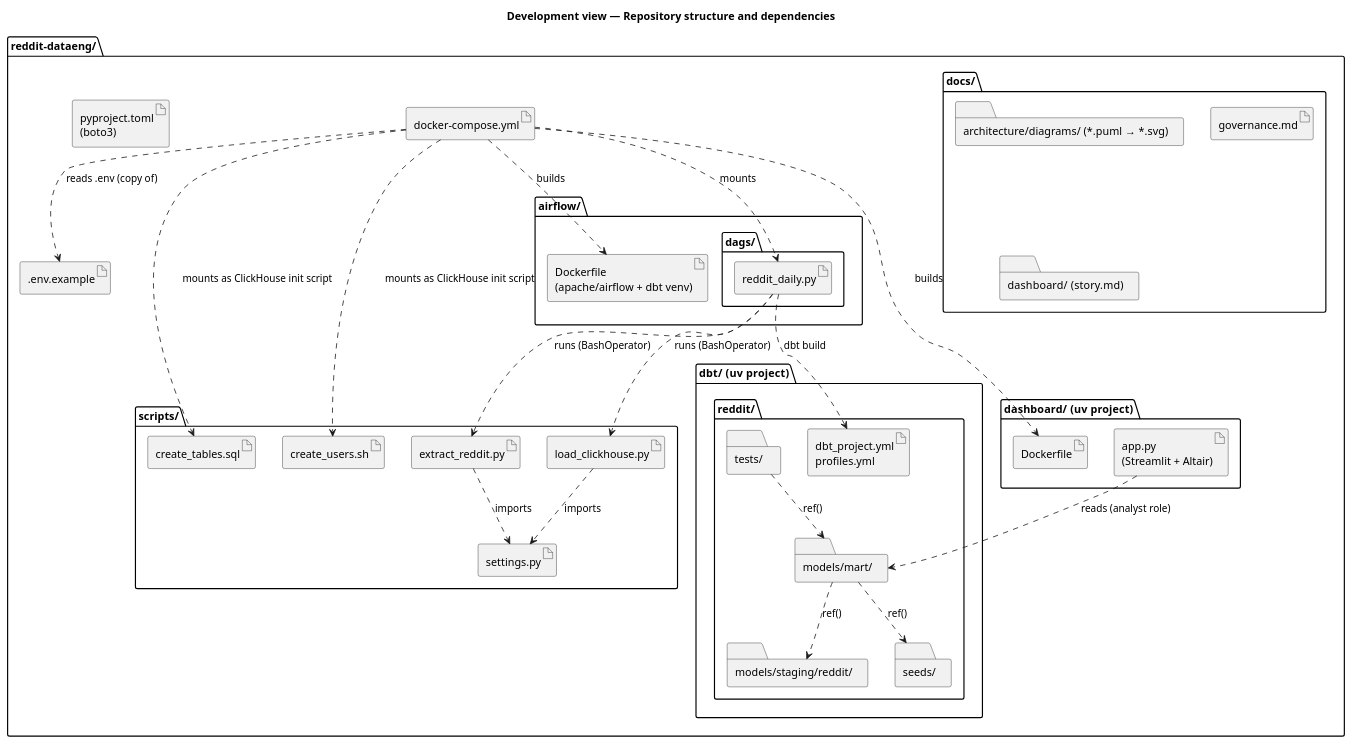
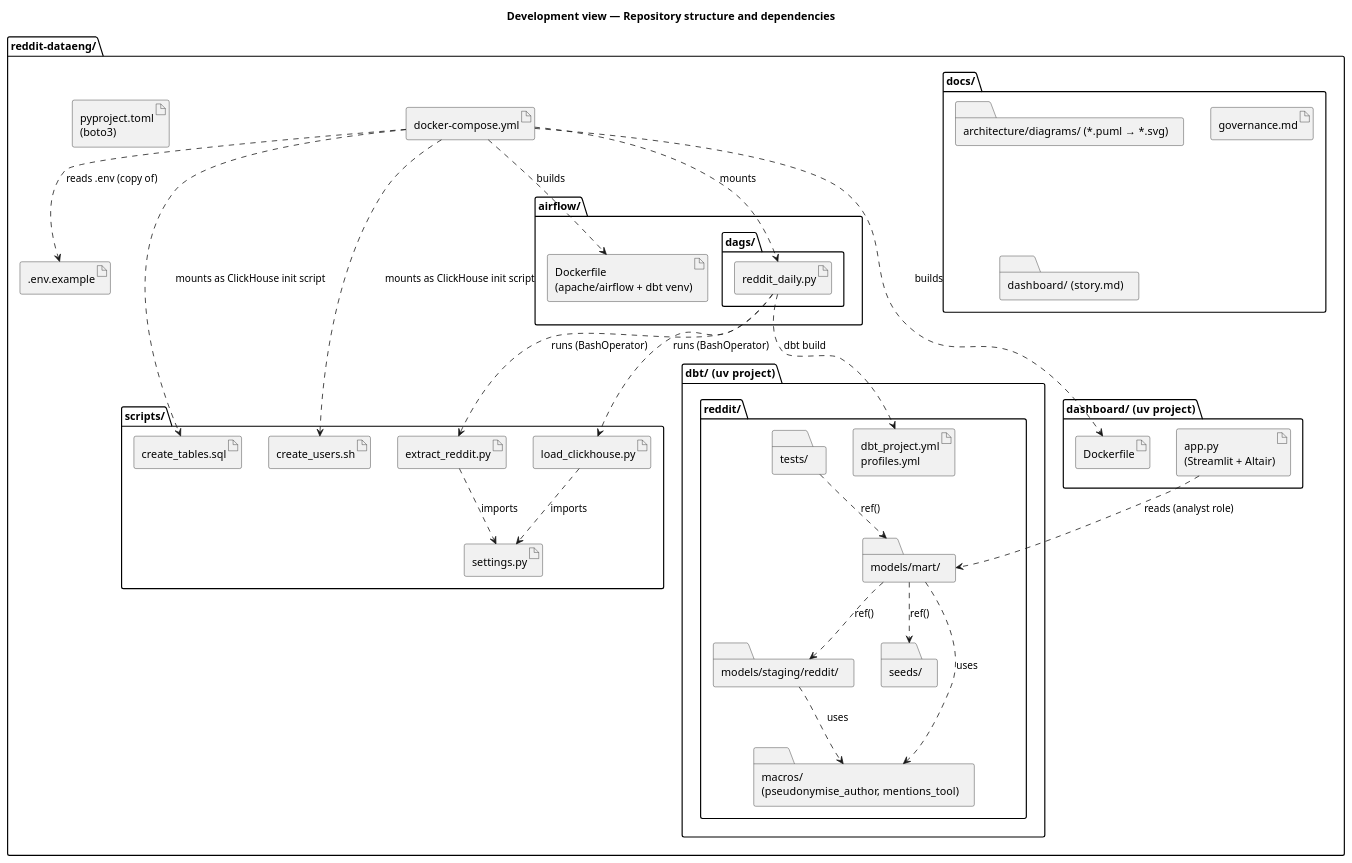
One commit to modsomjeed/reddit-dataeng changed the diagram in docs/architecture/diagrams/development-packages.puml. Above: the diagram before and after it, drawn with PlantUML. The commit also changed 14 other files, not shown here.

Commit message:
docs(architecture): add comments to the 4+1 views

```diff
--- a/docs/architecture/diagrams/development-packages.puml
+++ b/docs/architecture/diagrams/development-packages.puml
@@ -1,58 +1,61 @@
 @startuml development-packages
 title Development view — Repository structure and dependencies
 skinparam shadowing false
 skinparam packageStyle folder
 
 package "reddit-dataeng/" {
   package "scripts/" as scripts {
     artifact "extract_reddit.py" as ex
     artifact "load_clickhouse.py" as ld
     artifact "settings.py" as st
     artifact "create_tables.sql" as ddl
     artifact "create_users.sh" as users
   }
   package "airflow/" as af {
     artifact "Dockerfile\n(apache/airflow + dbt venv)" as afd
     package "dags/" {
       artifact "reddit_daily.py" as dag
     }
   }
   package "dbt/  (uv project)" as dbtproj {
     package "reddit/" {
       artifact "dbt_project.yml\nprofiles.yml" as dbtcfg
       folder "models/staging/reddit/" as stg
       folder "models/mart/" as mart
       folder "seeds/" as seeds
+      folder "macros/\n(pseudonymise_author, mentions_tool)" as macros
       folder "tests/" as tests
     }
   }
   package "dashboard/  (uv project)" as dashpkg {
     artifact "app.py\n(Streamlit + Altair)" as app
     artifact "Dockerfile" as dashd
   }
   package "docs/" as docs {
     folder "architecture/diagrams/  (*.puml → *.svg)" as diag
     artifact "governance.md" as gov
     folder "dashboard/  (story.md)" as story
   }
   artifact "docker-compose.yml" as compose
   artifact "pyproject.toml\n(boto3)" as pyproj
   artifact ".env.example" as envex
 }
 
 ex ..> st : imports
 ld ..> st : imports
 dag ..> ex : "runs (BashOperator)"
 dag ..> ld : "runs (BashOperator)"
 dag ..> dbtcfg : "dbt build"
 mart ..> stg : "ref()"
 mart ..> seeds : "ref()"
+mart ..> macros : uses
+stg ..> macros : uses
 tests ..> mart : "ref()"
 compose ..> afd : builds
 compose ..> ddl : "mounts as ClickHouse init script"
 compose ..> users : "mounts as ClickHouse init script"
 compose ..> dashd : builds
 app ..> mart : "reads (analyst role)"
 compose ..> dag : mounts
 compose ..> envex : "reads .env (copy of)"
 @enduml
```
